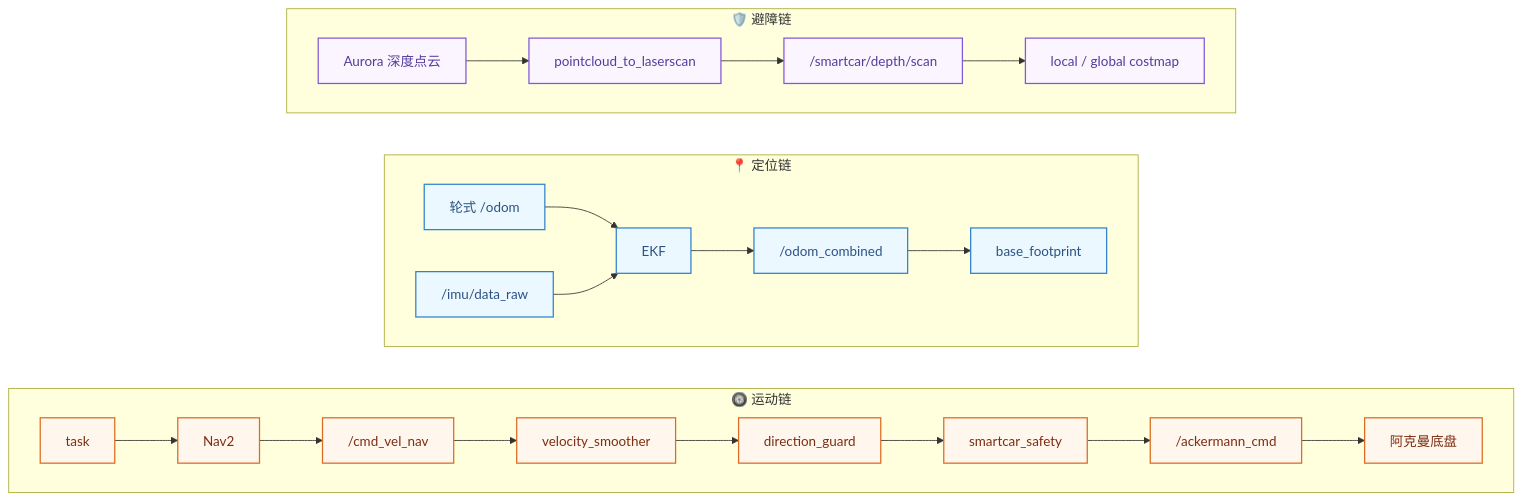
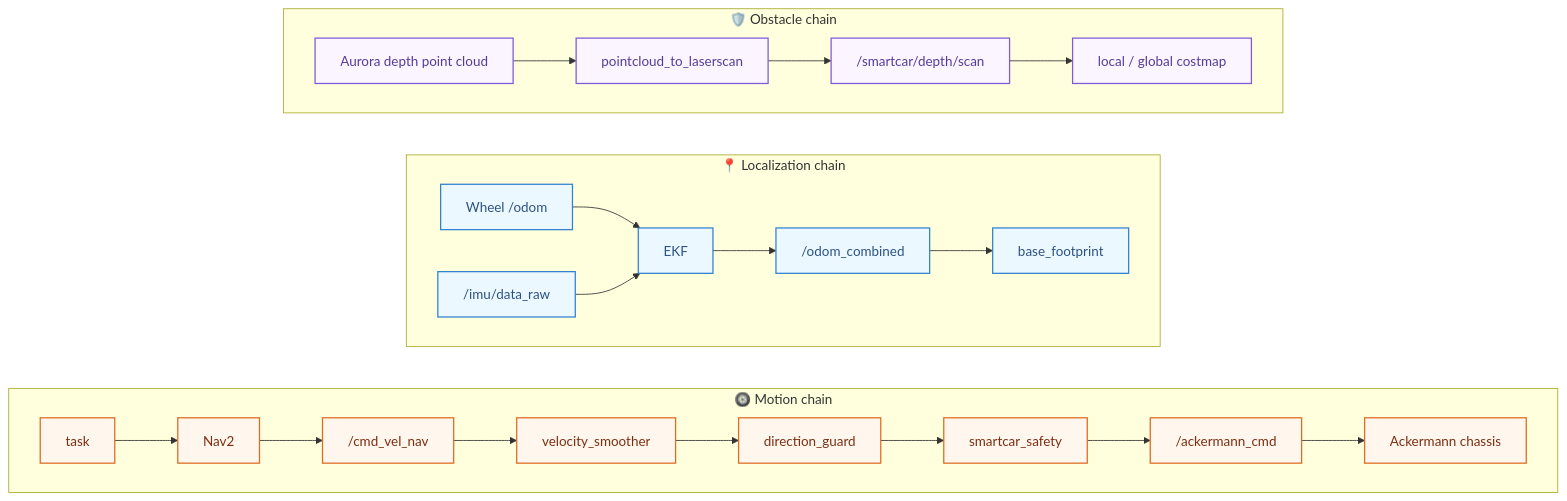
Before and after one commit to LX-HMKK/SmartCar_V2026: the second of 2 diagrams in README.md, drawn with Mermaid. The commit also changed other lines of this file and 1 other file, not shown here.

````diff
--- a/README.md
+++ b/README.md
@@ -102,28 +104,28 @@
 ```mermaid
 flowchart LR
-    subgraph MOVE["🛞 运动链"]
+    subgraph MOVE["🛞 Motion chain"]
         direction LR
         t1["task"] --> n1["Nav2"] --> a1["/cmd_vel_nav"]
         a1 --> s1["velocity_smoother"] --> g1["direction_guard"]
-        g1 --> f1["smartcar_safety"] --> a2["/ackermann_cmd"] --> b1["阿克曼底盘"]
+        g1 --> f1["smartcar_safety"] --> a2["/ackermann_cmd"] --> b1["Ackermann chassis"]
     end
 
-    subgraph LOC["📍 定位链"]
+    subgraph LOC["📍 Localization chain"]
         direction LR
-        o1["轮式 /odom"] & i1["/imu/data_raw"] --> e1["EKF"]
+        o1["Wheel /odom"] & i1["/imu/data_raw"] --> e1["EKF"]
         e1 --> o2["/odom_combined"] --> bf["base_footprint"]
     end
 
-    subgraph OBS["🛡️ 避障链"]
+    subgraph OBS["🛡️ Obstacle chain"]
         direction LR
-        p1["Aurora 深度点云"] --> r1["pointcloud_to_laserscan"]
+        p1["Aurora depth point cloud"] --> r1["pointcloud_to_laserscan"]
         r1 --> s2["/smartcar/depth/scan"] --> cm["local / global costmap"]
     end
 
     classDef move fill:#fff7ed,stroke:#dd6b20,stroke-width:1.5px,color:#7c2d12
     classDef loc fill:#ebf8ff,stroke:#3182ce,stroke-width:1.5px,color:#2c5282
     classDef obs fill:#faf5ff,stroke:#805ad5,stroke-width:1.5px,color:#553c9a
     class t1,n1,a1,s1,g1,f1,a2,b1 move
     class o1,i1,e1,o2,bf loc
     class p1,r1,s2,cm obs
 ```
````
